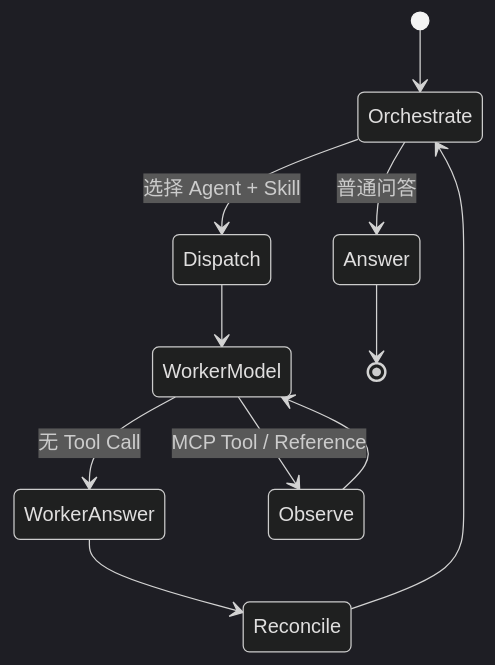
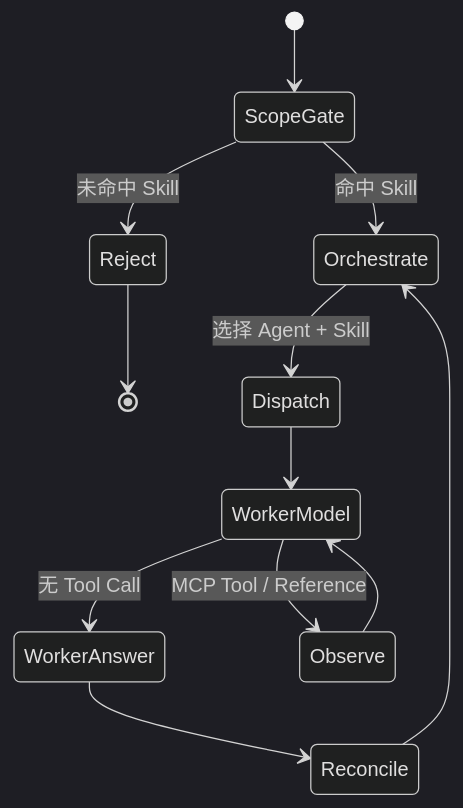
One commit to KawhiWei/nino-agent changed the diagram in doc/nino-data-agent-mvp-plan.md. Above: the diagram before and after it, drawn with Mermaid (dark theme). The commit also changed other lines of this file and 38 other files, not shown here.

````diff
--- a/doc/nino-data-agent-mvp-plan.md
+++ b/doc/nino-data-agent-mvp-plan.md
@@ -137,13 +137,14 @@
 ```mermaid
 stateDiagram-v2
-    [*] --> Orchestrate
-    Orchestrate --> Answer: 普通问答
+    [*] --> ScopeGate
+    ScopeGate --> Reject: 未命中 Skill
+    ScopeGate --> Orchestrate: 命中 Skill
     Orchestrate --> Dispatch: 选择 Agent + Skill
     Dispatch --> WorkerModel
     WorkerModel --> WorkerAnswer: 无 Tool Call
     WorkerModel --> Observe: MCP Tool / Reference
     Observe --> WorkerModel
     WorkerAnswer --> Reconcile
     Reconcile --> Orchestrate
-    Answer --> [*]
+    Reject --> [*]
 ```
````
